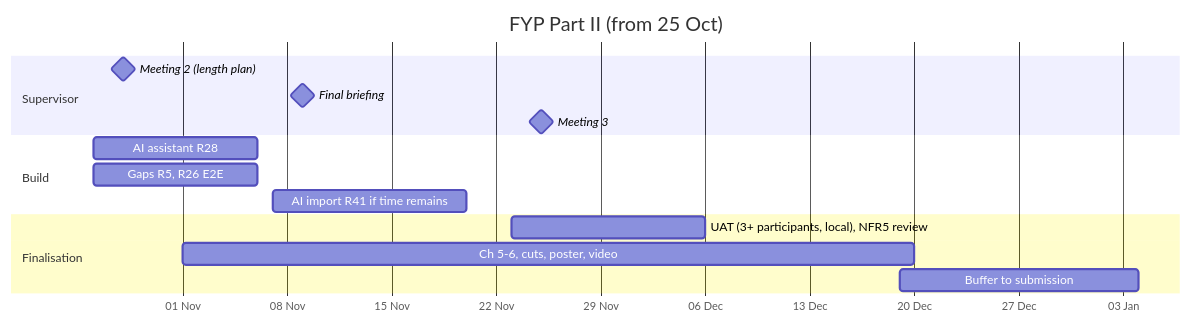
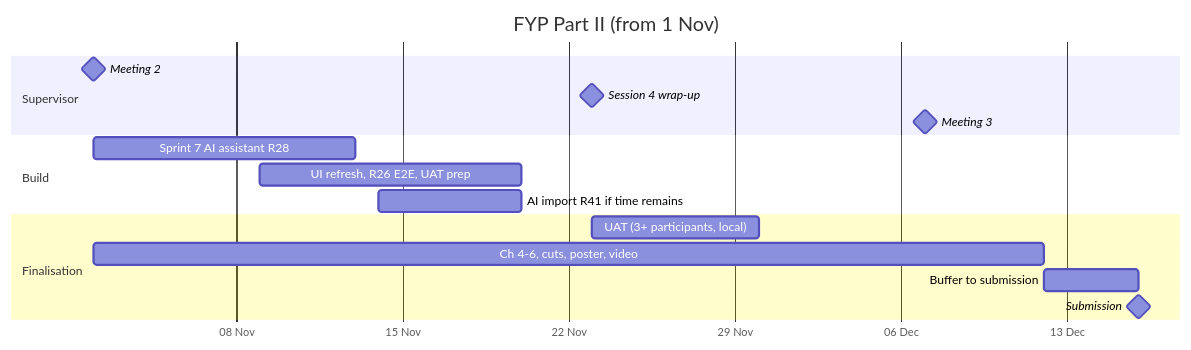
Before and after one commit to qicai14/NotaLah: the diagram in docs/PLAN.md, drawn with Mermaid. The commit also changed other lines of this file and 8 other files, not shown here.

Commit message:
Handover 1 Nov: Sprint 6 review and retro, ADRs 0091-0092, retro changes

````diff
--- a/docs/PLAN.md
+++ b/docs/PLAN.md
@@ -14,19 +15,20 @@
 ```mermaid
 gantt
-  title FYP Part II (from 25 Oct)
+  title FYP Part II (from 1 Nov)
   dateFormat YYYY-MM-DD
   axisFormat %d %b
   todayMarker on
   section Supervisor
-  Meeting 2 (length plan)        :milestone, 2026-10-28, 0d
-  Final briefing                 :milestone, 2026-11-09, 0d
-  Meeting 3                      :milestone, 2026-11-25, 0d
+  Meeting 2                      :milestone, 2026-11-02, 0d
+  Session 4 wrap-up              :milestone, 2026-11-23, 0d
+  Meeting 3                      :milestone, 2026-12-07, 0d
   section Build
-  AI assistant R28               :a1, 2026-10-26, 2026-11-06
-  Gaps R5, R26 E2E               :a2, 2026-10-26, 2026-11-06
-  AI import R41 if time remains  :a3, 2026-11-07, 2026-11-20
+  Sprint 7 AI assistant R28      :a1, 2026-11-02, 2026-11-13
+  UI refresh, R26 E2E, UAT prep  :a2, 2026-11-09, 2026-11-20
+  AI import R41 if time remains  :a3, 2026-11-14, 2026-11-20
   section Finalisation
-  UAT (3+ participants, local), NFR5 review :u, 2026-11-23, 2026-12-06
-  Ch 5-6, cuts, poster, video    :f, 2026-11-01, 2026-12-20
-  Buffer to submission           :b, 2026-12-19, 2027-01-04
+  UAT (3+ participants, local)   :u, 2026-11-23, 2026-11-30
+  Ch 4-6, cuts, poster, video    :f, 2026-11-02, 2026-12-12
+  Buffer to submission           :b, 2026-12-12, 2026-12-16
+  Submission                     :milestone, 2026-12-16, 0d
 ```
````
